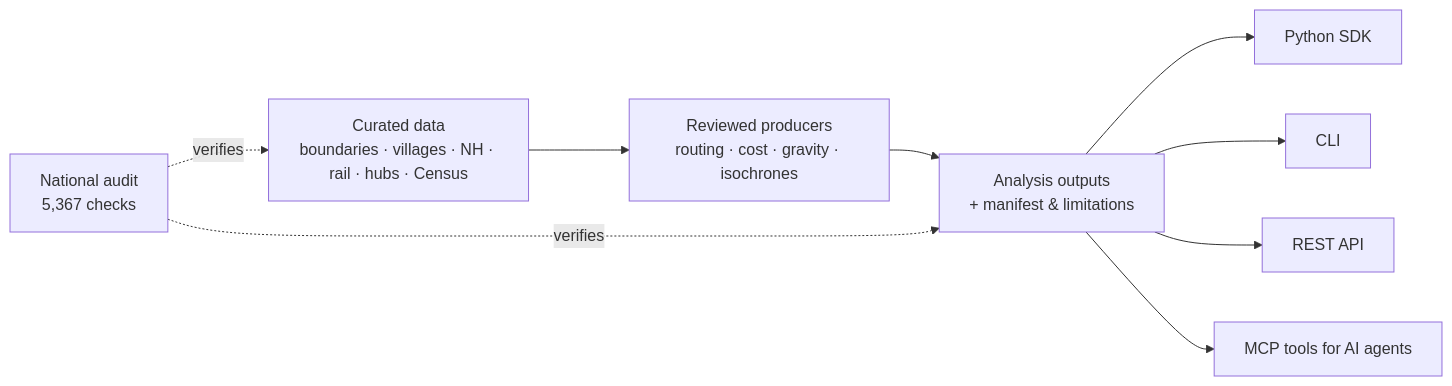
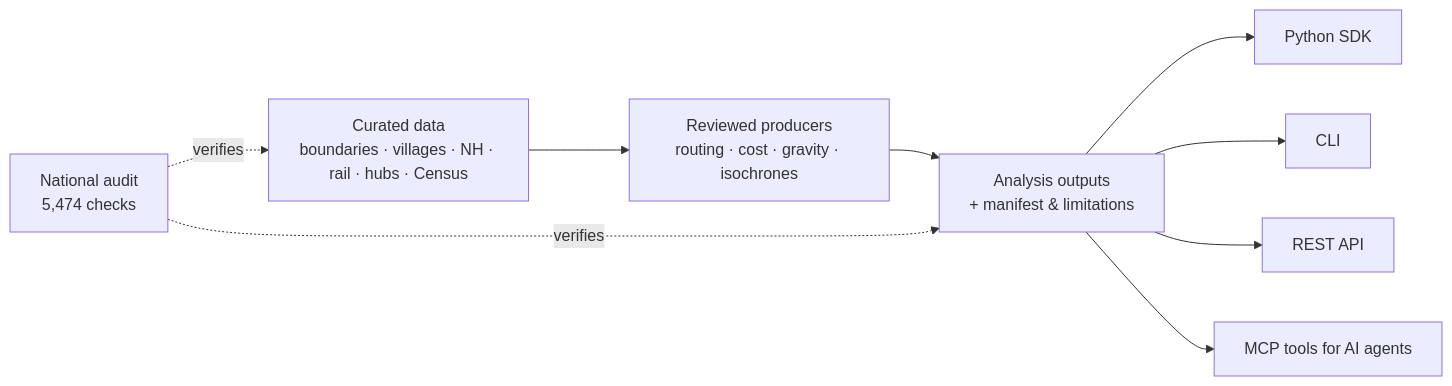
The diagram in README.md (subhams07/gisindia4logistics), drawn with Mermaid before and after one commit. The commit also changed other lines of this file, not shown here.

Commit message:
docs: update README tagline, move Quickstart after quality checks, refresh counts

````diff
--- a/README.md
+++ b/README.md
@@ -81,11 +80,11 @@
 ```mermaid
 flowchart LR
     A["Curated data<br/>boundaries · villages · NH · rail · hubs · Census"] --> B["Reviewed producers<br/>routing · cost · gravity · isochrones"]
     B --> C["Analysis outputs<br/>+ manifest & limitations"]
     C --> D["Python SDK"]
     C --> E["CLI"]
     C --> F["REST API"]
     C --> G["MCP tools for AI agents"]
-    H["National audit<br/>5,367 checks"] -.verifies.-> A
+    H["National audit<br/>5,474 checks"] -.verifies.-> A
     H -.verifies.-> C
 ```
````
